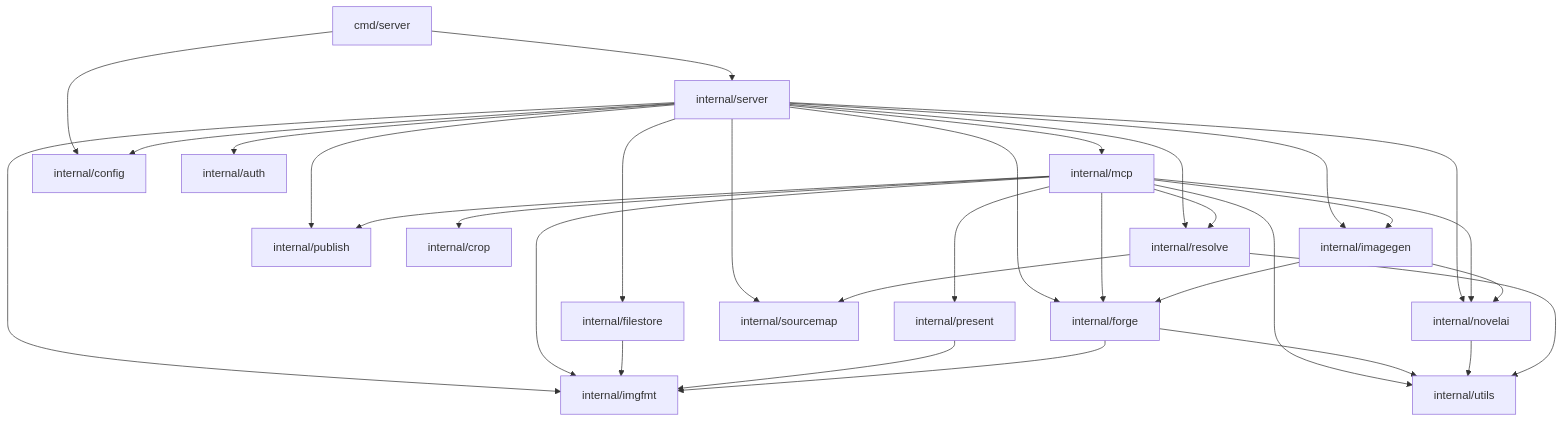
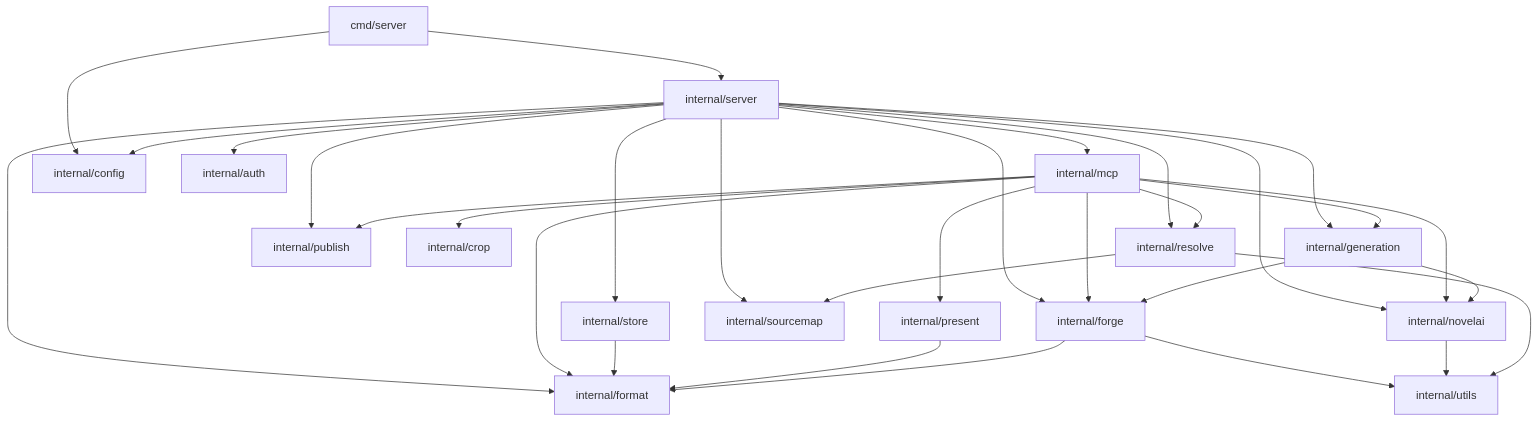
The diagram in AGENTS.md (wishmatic/neo-mcp), drawn with Mermaid before and after one commit. The commit also changed 50 other files, not shown here.

````diff
--- a/AGENTS.md
+++ b/AGENTS.md
@@ -75,55 +75,54 @@
 ```mermaid
 flowchart TD
     cmd["cmd/server"]
     server["internal/server"]
     mcp["internal/mcp"]
-    imagegen["internal/imagegen"]
+    generation["internal/generation"]
     present["internal/present"]
     publish["internal/publish"]
     crop["internal/crop"]
-    imgfmt["internal/imgfmt"]
+    format["internal/format"]
     forge["internal/forge"]
     novelai["internal/novelai"]
     sourcemap["internal/sourcemap"]
     resolve["internal/resolve"]
-    filestore["internal/filestore"]
+    store["internal/store"]
     config["internal/config"]
     auth["internal/auth"]
     utils["internal/utils"]
 
     cmd --> server
     cmd --> config
 
     server --> mcp
-    server --> imagegen
+    server --> generation
     server --> publish
     server --> auth
     server --> config
     server --> forge
     server --> novelai
     server --> resolve
-    server --> filestore
-    server --> imgfmt
+    server --> store
+    server --> format
     server --> sourcemap
 
-    mcp --> imagegen
+    mcp --> generation
     mcp --> forge
     mcp --> crop
     mcp --> present
     mcp --> publish
-    mcp --> imgfmt
+    mcp --> format
     mcp --> novelai
     mcp --> resolve
-    mcp --> utils
 
-    imagegen --> forge
-    imagegen --> novelai
-    filestore --> imgfmt
-    present --> imgfmt
+    generation --> forge
+    generation --> novelai
+    store --> format
+    present --> format
 
-    forge --> imgfmt
+    forge --> format
     forge --> utils
     novelai --> utils
     resolve --> sourcemap
     resolve --> utils
 ```
````
